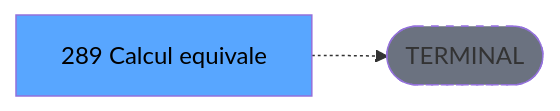
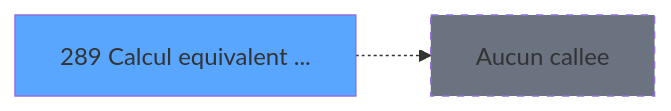
One commit to thonyAGP/magic-migration changed the third of 3 diagrams in .openspec/specs/ADH-IDE-289.md. Above: the diagram before and after it, drawn with Mermaid. The commit also changed other lines of this file and 493 other files, not shown here.

````diff
--- a/.openspec/specs/ADH-IDE-289.md
+++ b/.openspec/specs/ADH-IDE-289.md
@@ -138,8 +186,8 @@
 ```mermaid
 graph LR
-    T[289 Calcul equivale]
-    TERM([TERMINAL])
-    T -.-> TERM
-    style TERM fill:#6b7280,stroke-dasharray: 5 5
-    style T fill:#58a6ff,color:#000
+    T289[289 Calcul equivalent ...]
+    style T289 fill:#58a6ff
+    NONE[Aucun callee]
+    T289 -.-> NONE
+    style NONE fill:#6b7280,stroke-dasharray: 5 5
 ```
````
